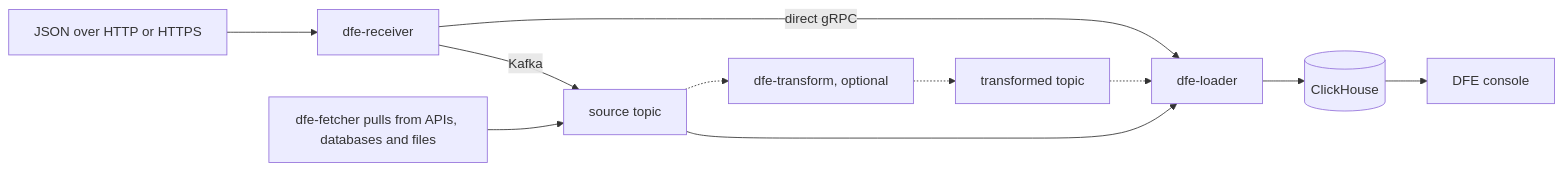
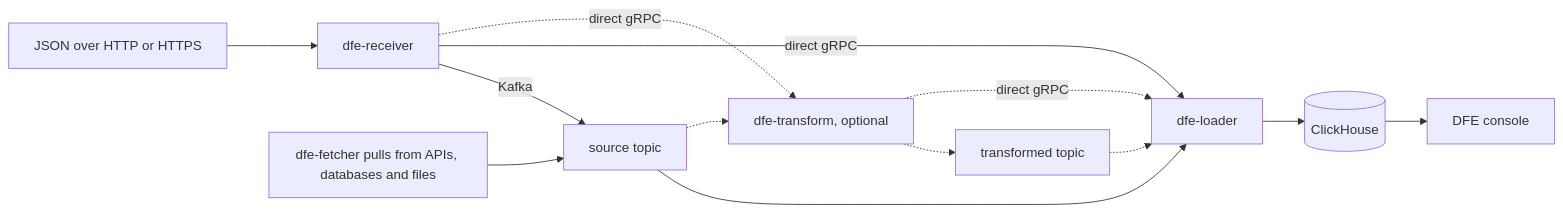
The diagram in docs-site/content-root/README.md (hyperi-io/dfe-infra), drawn with Mermaid before and after one commit. The commit also changed other lines of this file, not shown here.

First line of the commit message:
docs(overview): draw the transform on the gRPC path too

````diff
--- a/docs-site/content-root/README.md
+++ b/docs-site/content-root/README.md
@@ -19,11 +19,12 @@
 ```mermaid
 flowchart LR
   S[JSON over HTTP or HTTPS] --> R[dfe-receiver]
   R -->|Kafka| K1[source topic]
   F[dfe-fetcher pulls from APIs, databases and files] --> K1
   K1 --> L[dfe-loader]
   K1 -.-> T[dfe-transform, optional] -.-> K2[transformed topic] -.-> L
   R -->|direct gRPC| L
+  R -.->|direct gRPC| T -.->|direct gRPC| L
   L --> C[(ClickHouse)]
   C --> H[DFE console]
 ```
````
